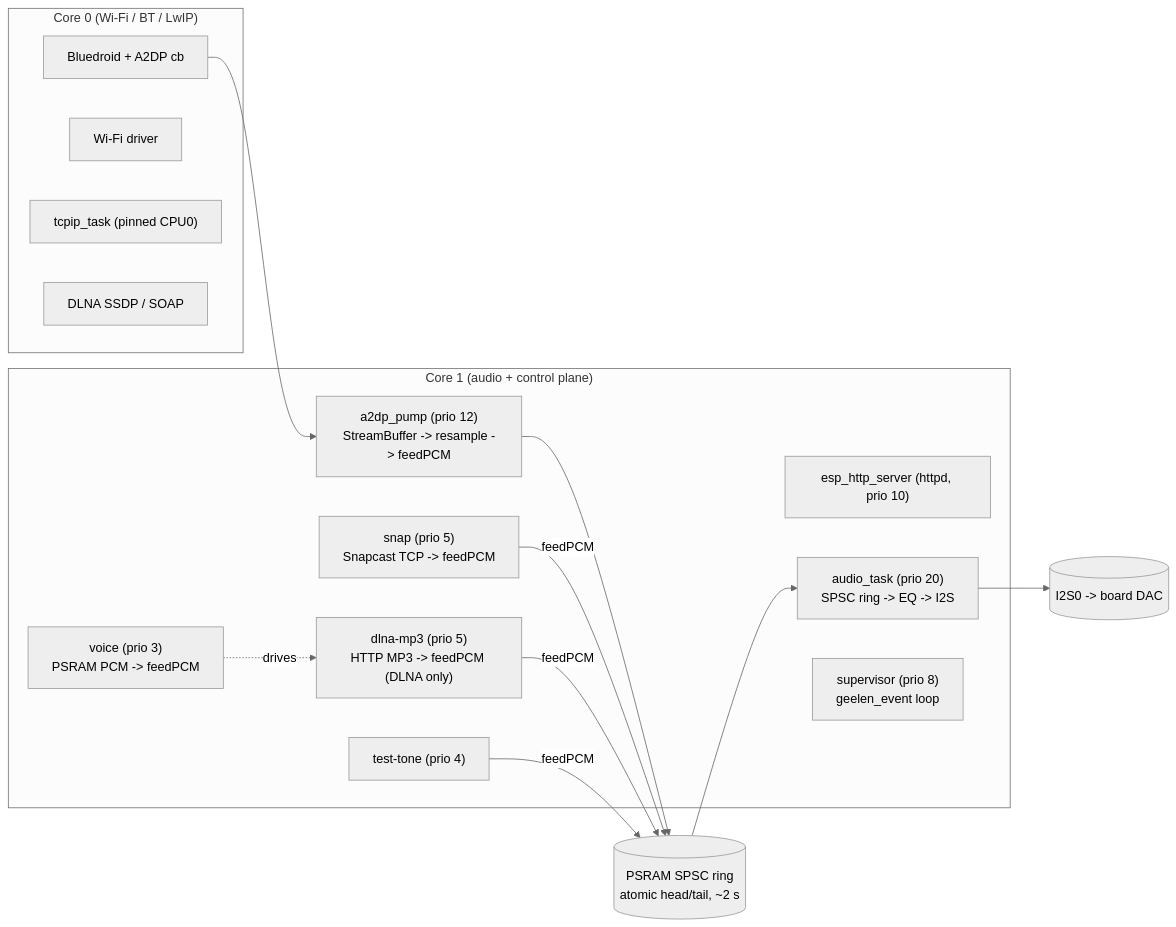
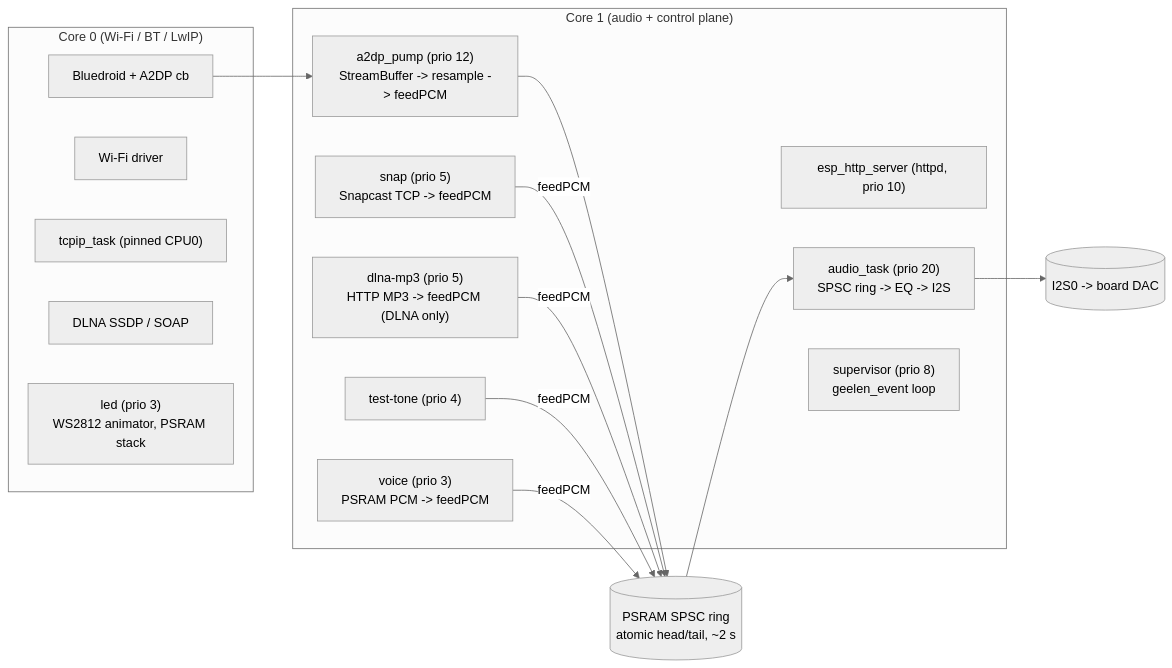
One commit to geelenaudio/paretoamp changed the first of 2 diagrams in docs/architecture.md. Above: the diagram before and after it, drawn with Mermaid (neutral theme). The commit also changed other lines of this file and 17 other files, not shown here.

````diff
--- a/docs/architecture.md
+++ b/docs/architecture.md
@@ -21,31 +21,32 @@
 ```mermaid
 flowchart LR
   subgraph Core0["Core 0 (Wi-Fi / BT / LwIP)"]
     BT["Bluedroid + A2DP cb"]
     WIFI["Wi-Fi driver"]
     TCPIP["tcpip_task (pinned CPU0)"]
     DLNA_TX["DLNA SSDP / SOAP"]
+    LED["led (prio 3)<br/>WS2812 animator, PSRAM stack"]
   end
 
   subgraph Core1["Core 1 (audio + control plane)"]
     HTTP["esp_http_server (httpd, prio 10)"]
     PUMP["a2dp_pump (prio 12)<br/>StreamBuffer -> resample -> feedPCM"]
     AUDIO["audio_task (prio 20)<br/>SPSC ring -> EQ -> I2S"]
     SNAP["snap (prio 5)<br/>Snapcast TCP -> feedPCM"]
     MP3["dlna-mp3 (prio 5)<br/>HTTP MP3 -> feedPCM (DLNA only)"]
     VOICE["voice (prio 3)<br/>PSRAM PCM -> feedPCM"]
     TT["test-tone (prio 4)"]
     SUP["supervisor (prio 8)<br/>geelen_event loop"]
   end
 
   RING[(PSRAM SPSC ring<br/>atomic head/tail, ~2 s)]
 
   BT --> PUMP
   PUMP --> RING
   SNAP -- feedPCM --> RING
   MP3 -- feedPCM --> RING
   TT -- feedPCM --> RING
-  VOICE -. drives .-> MP3
+  VOICE -- feedPCM --> RING
   RING --> AUDIO
   AUDIO --> I2S[(I2S0 -> board DAC)]
 ```
````
